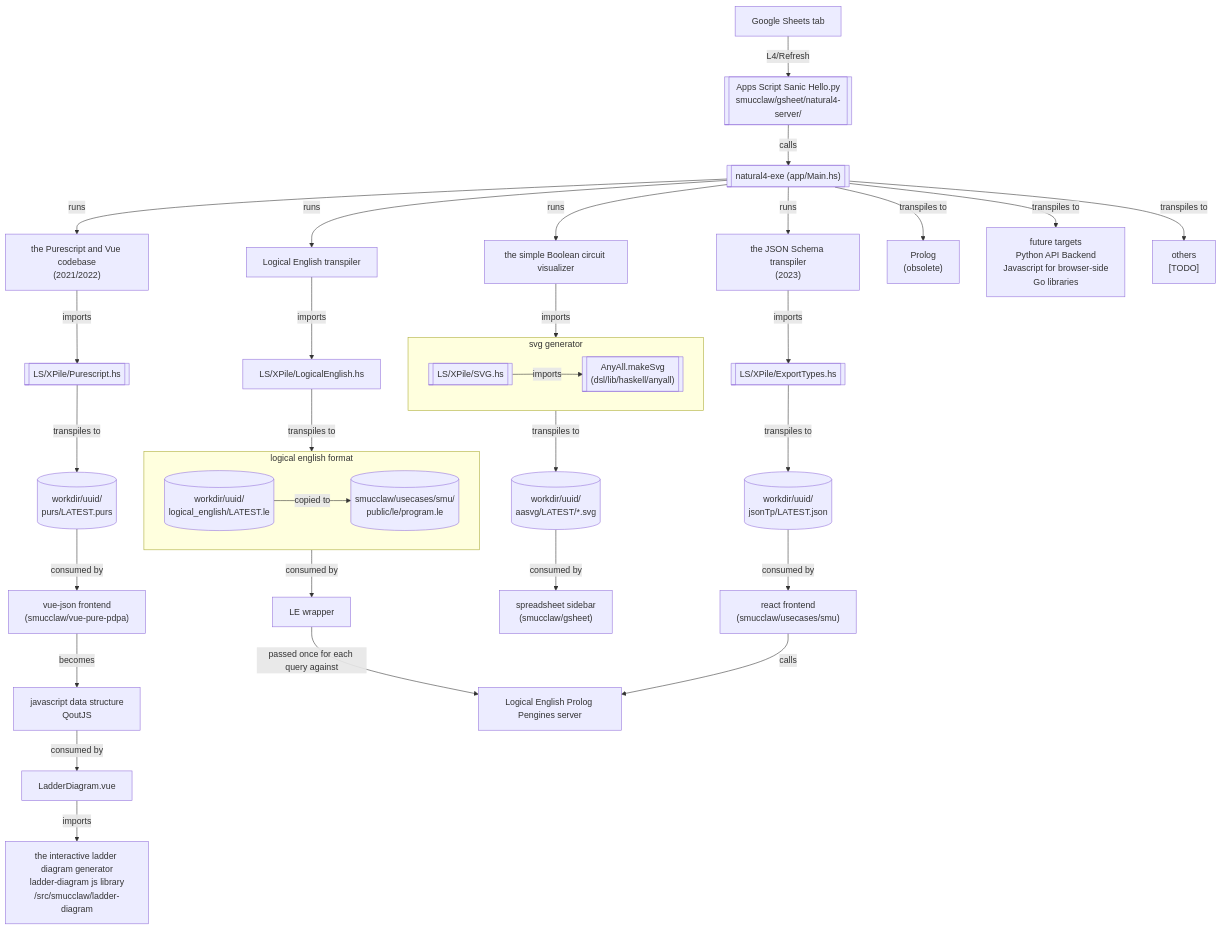
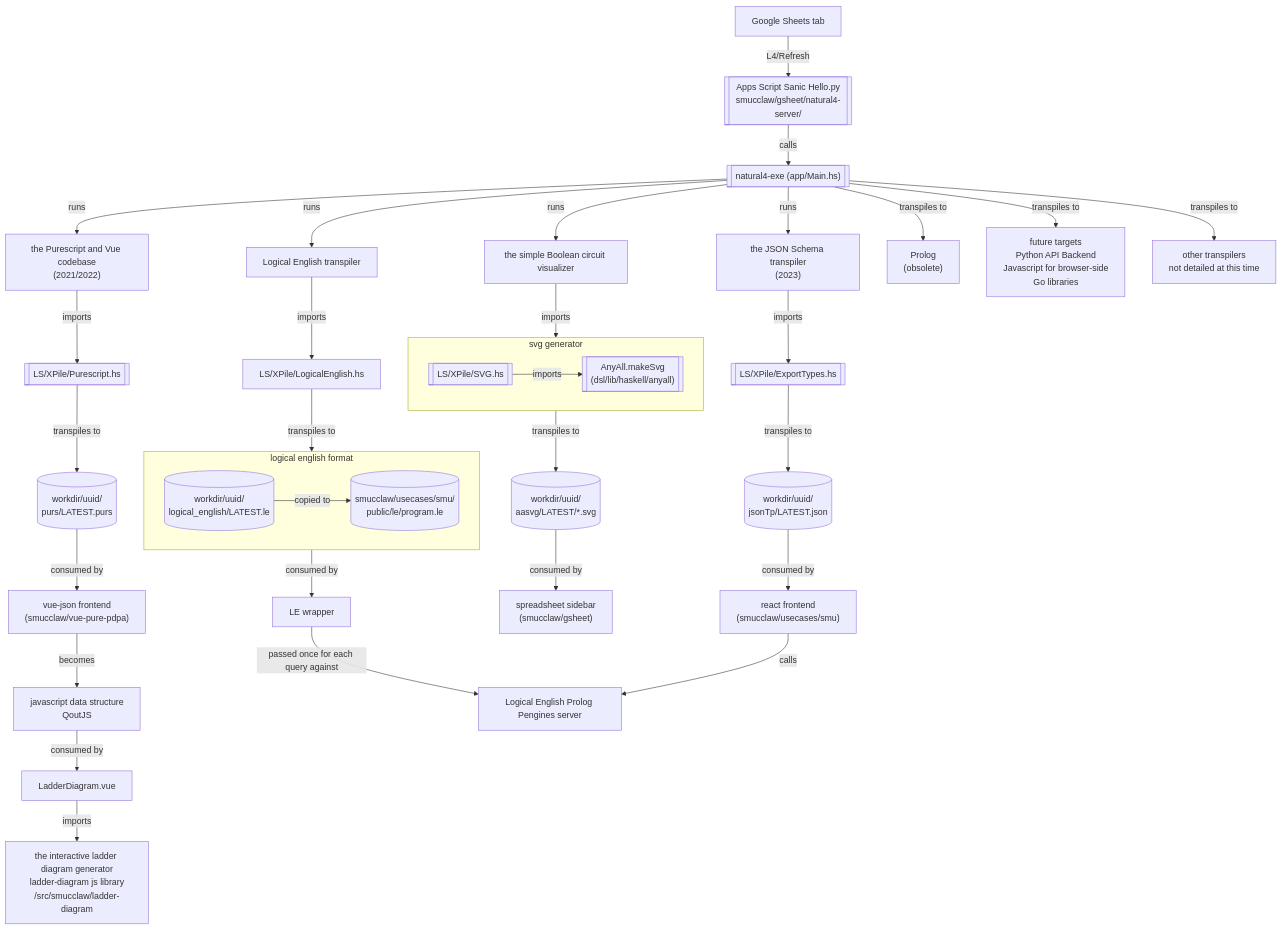
Before and after one commit to smucclaw/internal_docs: the diagram in docs/current_system/codebase/architecture.md, drawn with Mermaid. The commit also changed other lines of this file and 7 other files, not shown here.

````diff
--- a/docs/current_system/codebase/architecture.md
+++ b/docs/current_system/codebase/architecture.md
@@ -3,50 +3,50 @@
 ```mermaid
 graph TB;
     classDef natural4exe fill:#f9f,stroke:#333,stroke-width:2px;
 
     A["Google Sheets tab"] -- "L4/Refresh" --> B[["Apps Script Sanic Hello.py\nsmucclaw/gsheet/natural4-server/"]];
     B -- calls -->C[["natural4-exe (app/Main.hs)"]];
 
     C --"runs"--> C1["the Purescript and Vue codebase\n(2021/2022)"];
     C1--"imports"-->D[["LS/XPile/Purescript.hs"]];
     D--"transpiles to"-->E[("workdir/uuid/\npurs/LATEST.purs")];
     E--"consumed by"-->F["vue-json frontend\n(smucclaw/vue-pure-pdpa)"];
 
     C --"runs"--> G0["the JSON Schema transpiler\n(2023)"];
     G0--"imports"-->G1[["LS/XPile/ExportTypes.hs"]];
     G1--"transpiles to"-->G2[("workdir/uuid/\njsonTp/LATEST.json")];
     G2--"consumed by"-->G3["react frontend\n(smucclaw/usecases/smu)"]
 
     subgraph H1 ["svg generator"]
       H1A[["LS/XPile/SVG.hs"]];
       H1A--"imports"-->H1B[["AnyAll.makeSvg\n(dsl/lib/haskell/anyall)"]];
     end
 
     C --"runs"--> H0["the simple Boolean circuit visualizer"]
     H0--"imports"--> H1
     H1--"transpiles to"-->H2[("workdir/uuid/\naasvg/LATEST/*.svg")];
     H2--"consumed by"-->H3["spreadsheet sidebar\n(smucclaw/gsheet)"]
 
     F --"becomes"--> F1["javascript data structure\nQoutJS"]
     F1--"consumed by"-->F2["LadderDiagram.vue"]
     F2--"imports"-->F4["the interactive ladder diagram generator\nladder-diagram js library\n/src/smucclaw/ladder-diagram"]
 
     C --"runs"-->J1["Logical English transpiler"]
     J1 --"imports"-->J2["LS/XPile/LogicalEnglish.hs"]
 
     J2--"transpiles to"-->J3
 
     subgraph J3 ["logical english format"]
         J3a[("workdir/uuid/\nlogical_english/LATEST.le")]
         J3a--"copied to"-->J3b[("smucclaw/usecases/smu/\npublic/le/program.le")]
     end
 
     J3--"consumed by"-->J4["LE wrapper"]
     J4--"passed once for each query against"-->J5["Logical English Prolog Pengines server"]
     G3--"calls"-->J5
 
     C --"transpiles to"-->K["Prolog\n(obsolete)"]
     C --"transpiles to"-->L["future targets\nPython API Backend\nJavascript for browser-side\nGo libraries"]
-    C --"transpiles to"-->Z["others\n[TODO]"]
+    C --"transpiles to"-->Z["other transpilers\nnot detailed at this time"]
 
 ```
````
